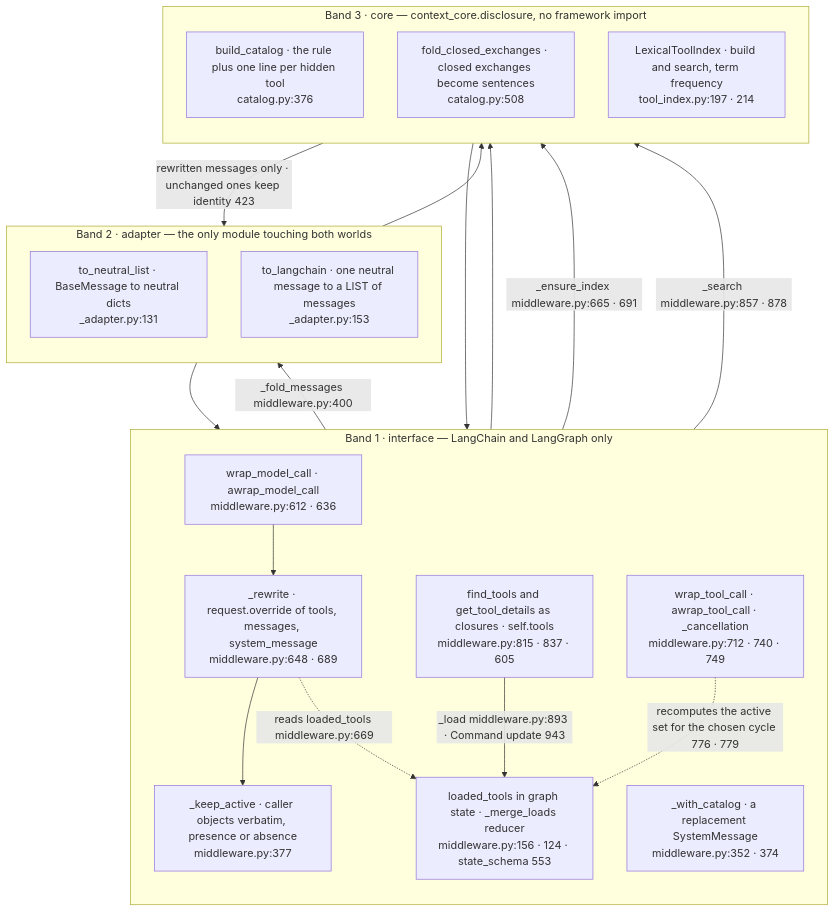
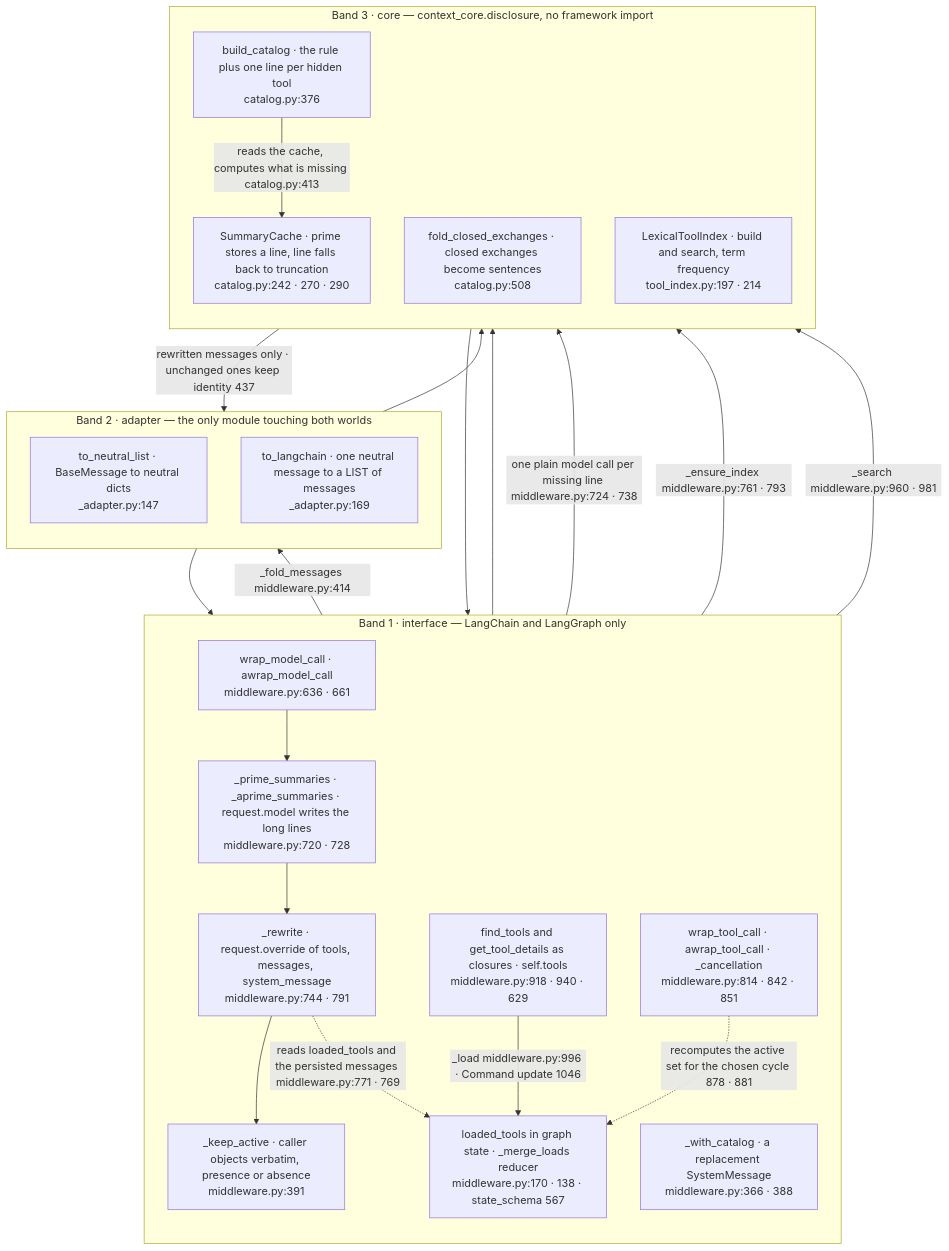
The first of 7 diagrams in docs/design/sequence/langgraph/sequence-b-disclosure.md (aws-samples/sample-context-engineering), drawn with Mermaid before and after one commit. The commit also changed other lines of this file and 8 other files, not shown here.

````diff
--- a/docs/design/sequence/langgraph/sequence-b-disclosure.md
+++ b/docs/design/sequence/langgraph/sequence-b-disclosure.md
@@ -79,37 +86,42 @@
 ```mermaid
 flowchart TB
     subgraph band1["Band 1 · interface — LangChain and LangGraph only"]
         direction TB
-        WMC["wrap_model_call · awrap_model_call<br/>middleware.py:612 · 636"]
-        RW["_rewrite · request.override of tools, messages, system_message<br/>middleware.py:648 · 689"]
-        KEEP["_keep_active · caller objects verbatim, presence or absence<br/>middleware.py:377"]
-        SYS["_with_catalog · a replacement SystemMessage<br/>middleware.py:352 · 374"]
-        TOOLS["find_tools and get_tool_details as closures · self.tools<br/>middleware.py:815 · 837 · 605"]
-        WTC["wrap_tool_call · awrap_tool_call · _cancellation<br/>middleware.py:712 · 740 · 749"]
-        ST["loaded_tools in graph state · _merge_loads reducer<br/>middleware.py:156 · 124 · state_schema 553"]
+        WMC["wrap_model_call · awrap_model_call<br/>middleware.py:636 · 661"]
+        PRIME["_prime_summaries · _aprime_summaries · request.model writes the long lines<br/>middleware.py:720 · 728"]
+        RW["_rewrite · request.override of tools, messages, system_message<br/>middleware.py:744 · 791"]
+        KEEP["_keep_active · caller objects verbatim, presence or absence<br/>middleware.py:391"]
+        SYS["_with_catalog · a replacement SystemMessage<br/>middleware.py:366 · 388"]
+        TOOLS["find_tools and get_tool_details as closures · self.tools<br/>middleware.py:918 · 940 · 629"]
+        WTC["wrap_tool_call · awrap_tool_call · _cancellation<br/>middleware.py:814 · 842 · 851"]
+        ST["loaded_tools in graph state · _merge_loads reducer<br/>middleware.py:170 · 138 · state_schema 567"]
     end
     subgraph band2["Band 2 · adapter — the only module touching both worlds"]
         direction TB
-        TN["to_neutral_list · BaseMessage to neutral dicts<br/>_adapter.py:131"]
-        TL["to_langchain · one neutral message to a LIST of messages<br/>_adapter.py:153"]
+        TN["to_neutral_list · BaseMessage to neutral dicts<br/>_adapter.py:147"]
+        TL["to_langchain · one neutral message to a LIST of messages<br/>_adapter.py:169"]
     end
     subgraph band3["Band 3 · core — context_core.disclosure, no framework import"]
         direction TB
         BC["build_catalog · the rule plus one line per hidden tool<br/>catalog.py:376"]
         FCE["fold_closed_exchanges · closed exchanges become sentences<br/>catalog.py:508"]
         LTI["LexicalToolIndex · build and search, term frequency<br/>tool_index.py:197 · 214"]
+        SC["SummaryCache · prime stores a line, line falls back to truncation<br/>catalog.py:242 · 270 · 290"]
     end
-    WMC --> RW
+    WMC --> PRIME
+    PRIME --> RW
     RW --> KEEP
     RW --> BC
     BC --> SYS
-    RW -->|"_fold_messages middleware.py:400"| TN
+    PRIME -->|"one plain model call per missing line middleware.py:724 · 738"| SC
+    BC -->|"reads the cache, computes what is missing catalog.py:413"| SC
+    RW -->|"_fold_messages middleware.py:414"| TN
     TN --> FCE
-    FCE -->|"rewritten messages only · unchanged ones keep identity 423"| TL
+    FCE -->|"rewritten messages only · unchanged ones keep identity 437"| TL
     TL --> RW
-    RW -.->|"reads loaded_tools middleware.py:669"| ST
-    RW -->|"_ensure_index middleware.py:665 · 691"| LTI
-    TOOLS -->|"_search middleware.py:857 · 878"| LTI
-    TOOLS -->|"_load middleware.py:893 · Command update 943"| ST
-    WTC -.->|"recomputes the active set for the chosen cycle 776 · 779"| ST
+    RW -.->|"reads loaded_tools and the persisted messages middleware.py:771 · 769"| ST
+    RW -->|"_ensure_index middleware.py:761 · 793"| LTI
+    TOOLS -->|"_search middleware.py:960 · 981"| LTI
+    TOOLS -->|"_load middleware.py:996 · Command update 1046"| ST
+    WTC -.->|"recomputes the active set for the chosen cycle 878 · 881"| ST
 ```
````
